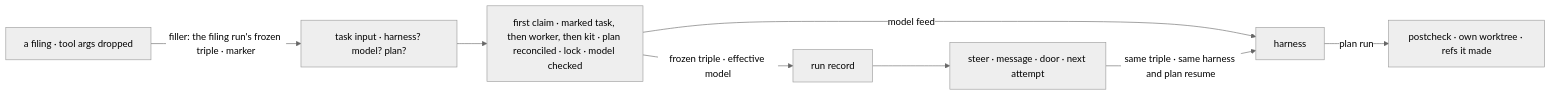
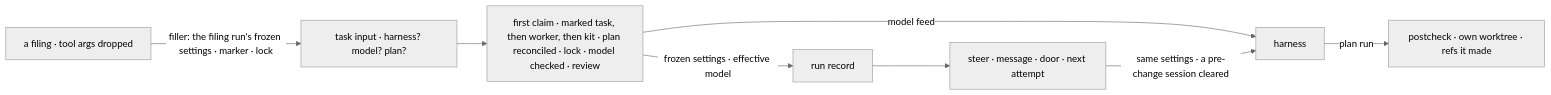
The second of 2 diagrams in specs/issues/FIX-2878/SPEC.md (fixpoint-labs/flow-state-dev), drawn with Mermaid (neutral theme) before and after one commit. The commit also changed other lines of this file and 4 other files, not shown here.

````diff
--- a/specs/issues/FIX-2878/SPEC.md
+++ b/specs/issues/FIX-2878/SPEC.md
@@ -104,10 +99,10 @@
 ```mermaid
 flowchart LR
-  T["a filing · tool args dropped"] -->|"filler: the filing run's frozen triple · marker"| I["task input · harness? model? plan?"]
-  I --> C["first claim · marked task, then worker, then kit · plan reconciled · lock · model checked"]
-  C -->|"frozen triple · effective model"| R["run record"]
+  T["a filing · tool args dropped"] -->|"filler: the filing run's frozen settings · marker · lock"| I["task input · harness? model? plan?"]
+  I --> C["first claim · marked task, then worker, then kit · plan reconciled · lock · model checked · review"]
+  C -->|"frozen settings · effective model"| R["run record"]
   C -->|"model feed"| H["harness"]
   R --> S["steer · message · door · next attempt"]
-  S -->|"same triple · same harness and plan resume"| H
+  S -->|"same settings · a pre-change session cleared"| H
   H -->|"plan run"| Q["postcheck · own worktree · refs it made"]
 ```
````
